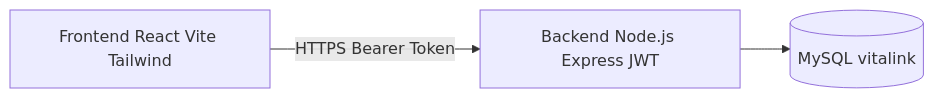
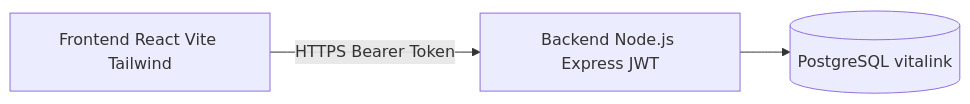
Before and after one commit to geninho33/vitalink: the first of 2 diagrams in README.md, drawn with Mermaid. The commit also changed other lines of this file and 30 other files, not shown here.

First line of the commit message:
feat: migrar banco de MySQL para PostgreSQL 16

````diff
--- a/README.md
+++ b/README.md
@@ -15,8 +15,8 @@
 ```mermaid
 flowchart LR
   web[Frontend React Vite Tailwind]
   api[Backend Node.js Express JWT]
-  db[(MySQL vitalink)]
+  db[(PostgreSQL vitalink)]
   web -->|HTTPS Bearer Token| api
   api --> db
 ```
````
